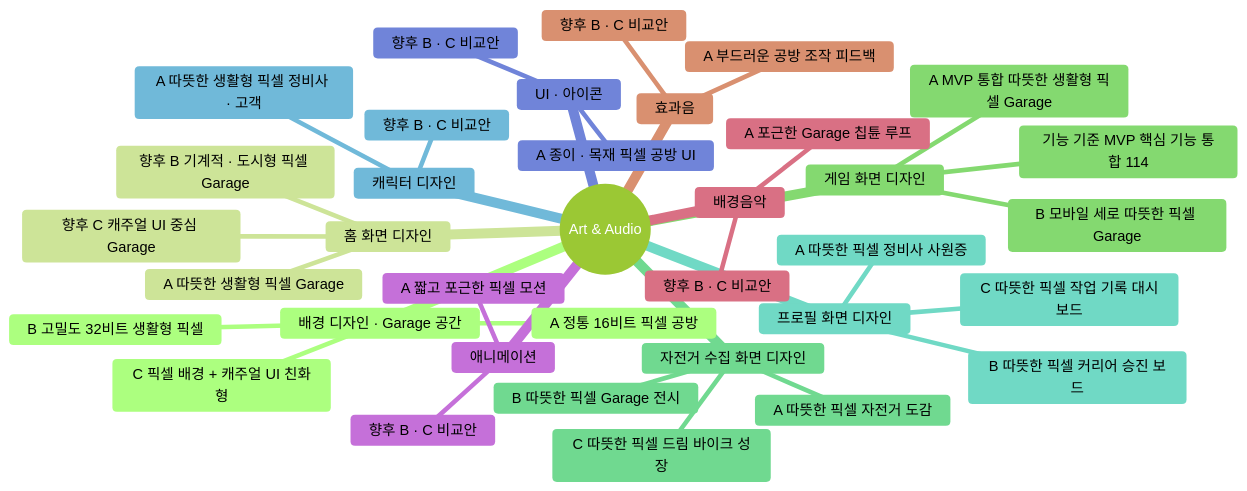
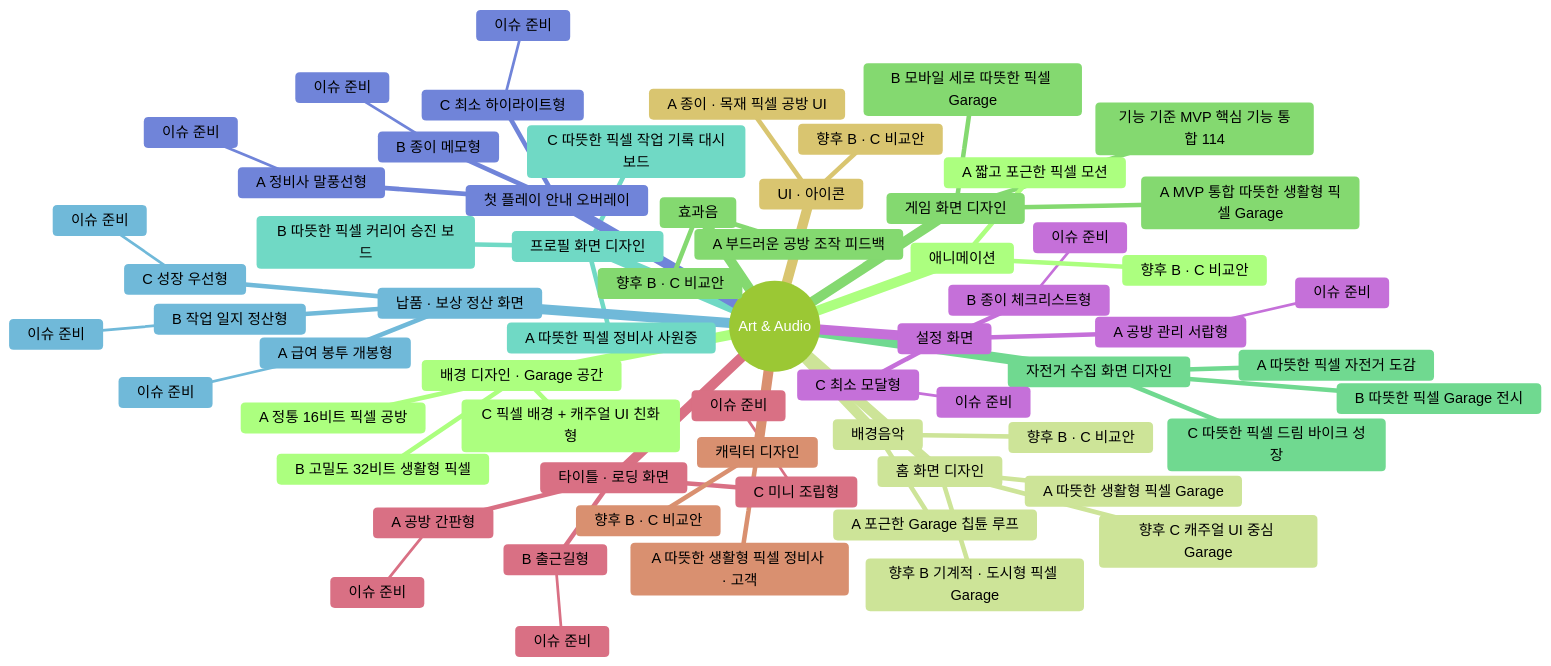
One commit to aigemro/dream-bike-garage-lab changed the third of 5 diagrams in docs/LAB_PROTOTYPE_MAP.md. Above: the diagram before and after it, drawn with Mermaid (forest theme). The commit also changed other lines of this file, not shown here.

Commit message:
docs: 추가 화면 디자인 트랙 4종 지도 등재 (#179~#182)
홈·게임·수집·프로필 외에 MVP 출시에 필요한 화면을 검토해
홈 A안 시각 언어 기준의 신규 디자인 트랙 4종을 등록합니다.

- 납품·보상 정산 화면 (#179): 핵심 루프 폐곡선(납품→보상→성장→다음 주문)
- 첫 플레이 안내 오버레이 (#180): #115 규칙 검증과 표현 비교 분리
- 설정 화면 (#181): #117 출시 QA 최소 설정 요구
- 타이틀·로딩 화면 (#182): 첫인상 + 앱인토스 대표 이미지 후보

전체 지도 flowchart·Art & Audio 마인드맵·현황표에 A/B/C 방안과
'준비 (이슈 등록)' 상태로 반영. 구현은 별도 요청 후 진행.

````diff
--- a/docs/LAB_PROTOTYPE_MAP.md
+++ b/docs/LAB_PROTOTYPE_MAP.md
@@ -160,39 +164,67 @@
 ```mermaid
 mindmap
   root((Art & Audio))
     배경 디자인 · Garage 공간
       A 정통 16비트 픽셀 공방
       B 고밀도 32비트 생활형 픽셀
       C 픽셀 배경 + 캐주얼 UI 친화형
     홈 화면 디자인
       A 따뜻한 생활형 픽셀 Garage
       향후 B 기계적 · 도시형 픽셀 Garage
       향후 C 캐주얼 UI 중심 Garage
     게임 화면 디자인
       A MVP 통합 따뜻한 생활형 픽셀 Garage
       B 모바일 세로 따뜻한 픽셀 Garage
       기능 기준 MVP 핵심 기능 통합 114
     자전거 수집 화면 디자인
       A 따뜻한 픽셀 자전거 도감
       B 따뜻한 픽셀 Garage 전시
       C 따뜻한 픽셀 드림 바이크 성장
     프로필 화면 디자인
       A 따뜻한 픽셀 정비사 사원증
       B 따뜻한 픽셀 커리어 승진 보드
       C 따뜻한 픽셀 작업 기록 대시보드
+    납품 · 보상 정산 화면
+      A 급여 봉투 개봉형
+        이슈 준비
+      B 작업 일지 정산형
+        이슈 준비
+      C 성장 우선형
+        이슈 준비
+    첫 플레이 안내 오버레이
+      A 정비사 말풍선형
+        이슈 준비
+      B 종이 메모형
+        이슈 준비
+      C 최소 하이라이트형
+        이슈 준비
+    설정 화면
+      A 공방 관리 서랍형
+        이슈 준비
+      B 종이 체크리스트형
+        이슈 준비
+      C 최소 모달형
+        이슈 준비
+    타이틀 · 로딩 화면
+      A 공방 간판형
+        이슈 준비
+      B 출근길형
+        이슈 준비
+      C 미니 조립형
+        이슈 준비
     캐릭터 디자인
       A 따뜻한 생활형 픽셀 정비사 · 고객
       향후 B · C 비교안
     UI · 아이콘
       A 종이 · 목재 픽셀 공방 UI
       향후 B · C 비교안
     애니메이션
       A 짧고 포근한 픽셀 모션
       향후 B · C 비교안
     배경음악
       A 포근한 Garage 칩튠 루프
       향후 B · C 비교안
     효과음
       A 부드러운 공방 조작 피드백
       향후 B · C 비교안
 ```
````
